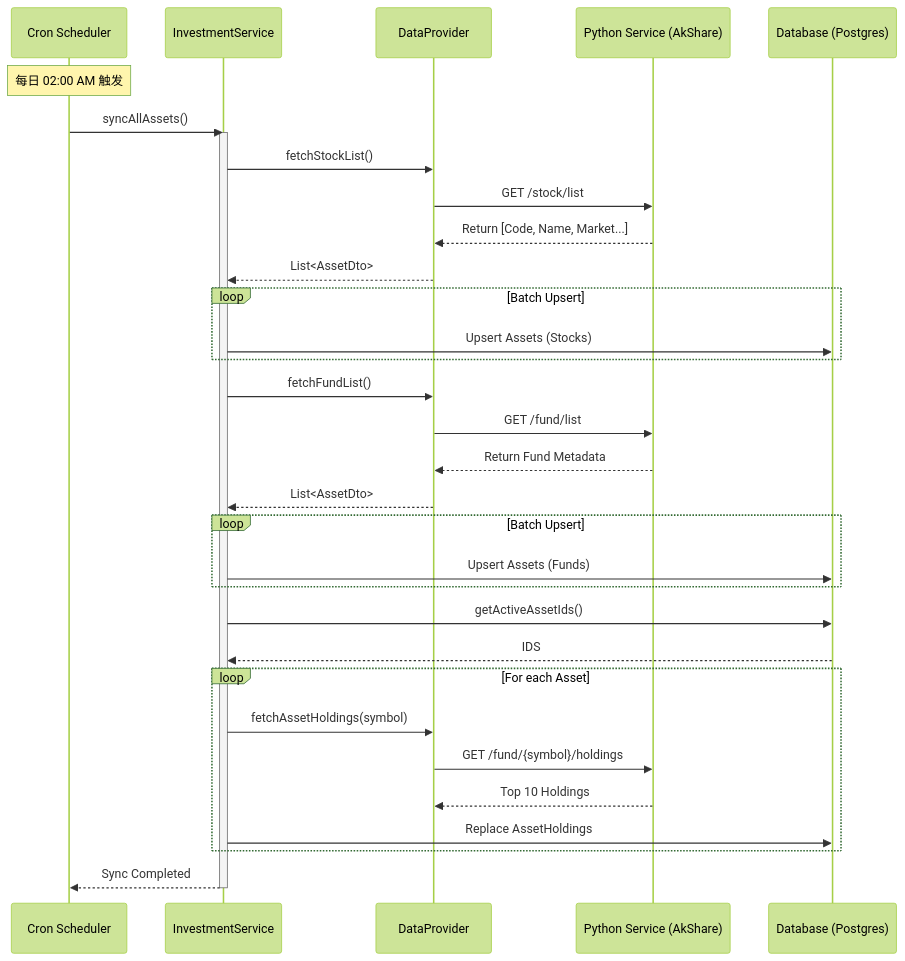
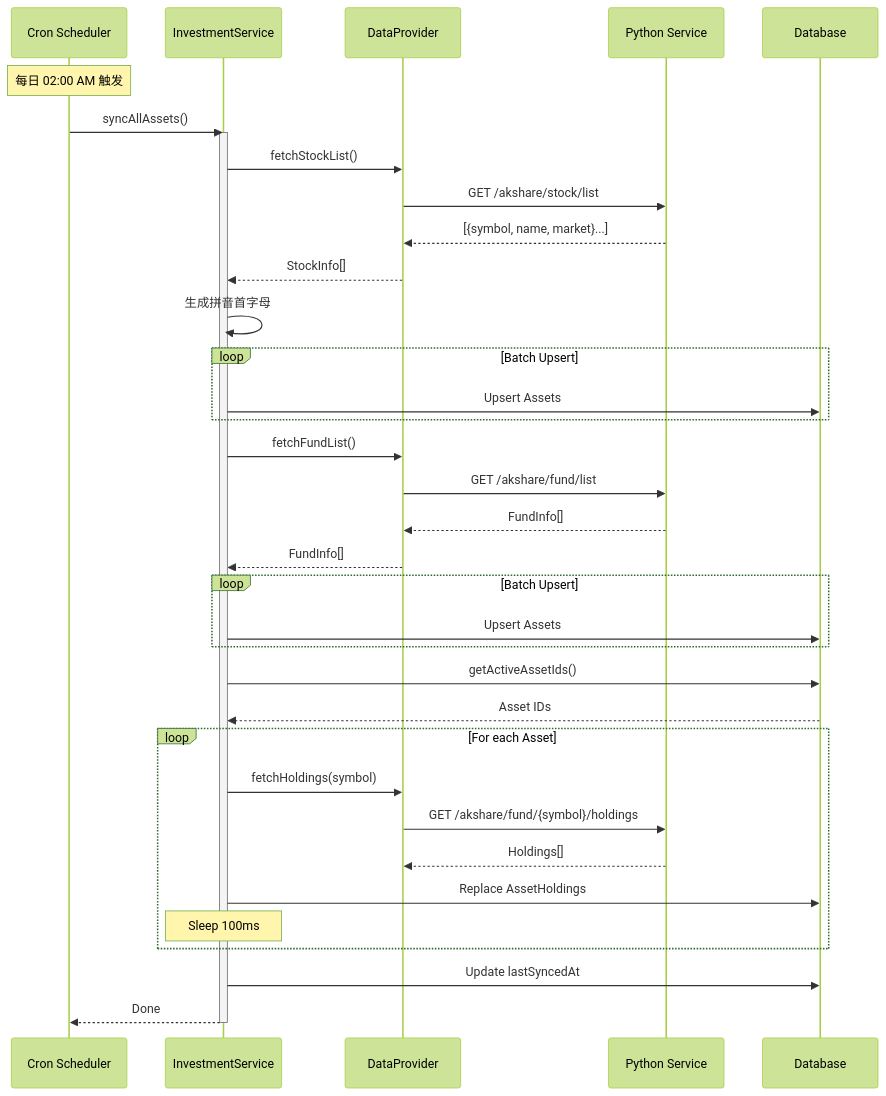
The diagram in .agents/design/investment/flow-asset-sync.md (devloom1024/cogni-kit), drawn with Mermaid (forest theme) before and after one commit. The commit also changed other lines of this file and 12 other files, not shown here.

````diff
--- a/.agents/design/investment/flow-asset-sync.md
+++ b/.agents/design/investment/flow-asset-sync.md
@@ -15,47 +15,51 @@
 ```mermaid
 sequenceDiagram
     participant Cron as Cron Scheduler
     participant Svc as InvestmentService
     participant DP as DataProvider
-    participant Py as Python Service (AkShare)
-    participant DB as Database (Postgres)
+    participant Py as Python Service
+    participant DB as Database
 
     Note over Cron: 每日 02:00 AM 触发
 
     Cron->>Svc: syncAllAssets()
     activate Svc
 
     %% 1. 同步股票列表
     Svc->>DP: fetchStockList()
-    DP->>Py: GET /stock/list
-    Py-->>DP: Return [Code, Name, Market...]
-    DP-->>Svc: List<AssetDto>
+    DP->>Py: GET /akshare/stock/list
+    Py-->>DP: [{symbol, name, market}...]
+    DP-->>Svc: StockInfo[]
+    
+    Svc->>Svc: 生成拼音首字母
     
     loop Batch Upsert
-        Svc->>DB: Upsert Assets (Stocks)
+        Svc->>DB: Upsert Assets
     end
 
     %% 2. 同步基金列表
     Svc->>DP: fetchFundList()
-    DP->>Py: GET /fund/list
-    Py-->>DP: Return Fund Metadata
-    DP-->>Svc: List<AssetDto>
+    DP->>Py: GET /akshare/fund/list
+    Py-->>DP: FundInfo[]
+    DP-->>Svc: FundInfo[]
 
     loop Batch Upsert
-        Svc->>DB: Upsert Assets (Funds)
+        Svc->>DB: Upsert Assets
     end
 
-    %% 3. 同步重仓股 (仅针对系统内的自选标的或热门标的)
+    %% 3. 同步重仓股
     Svc->>DB: getActiveAssetIds()
-    DB-->>Svc: IDS
+    DB-->>Svc: Asset IDs
     
     loop For each Asset
-        Svc->>DP: fetchAssetHoldings(symbol)
-        DP->>Py: GET /fund/{symbol}/holdings
-        Py-->>DP: Top 10 Holdings
+        Svc->>DP: fetchHoldings(symbol)
+        DP->>Py: GET /akshare/fund/{symbol}/holdings
+        Py-->>DP: Holdings[]
         Svc->>DB: Replace AssetHoldings
+        Note over Svc: Sleep 100ms
     end
 
-    Svc-->>Cron: Sync Completed
+    Svc->>DB: Update lastSyncedAt
+    Svc-->>Cron: Done
     deactivate Svc
 ```
````
